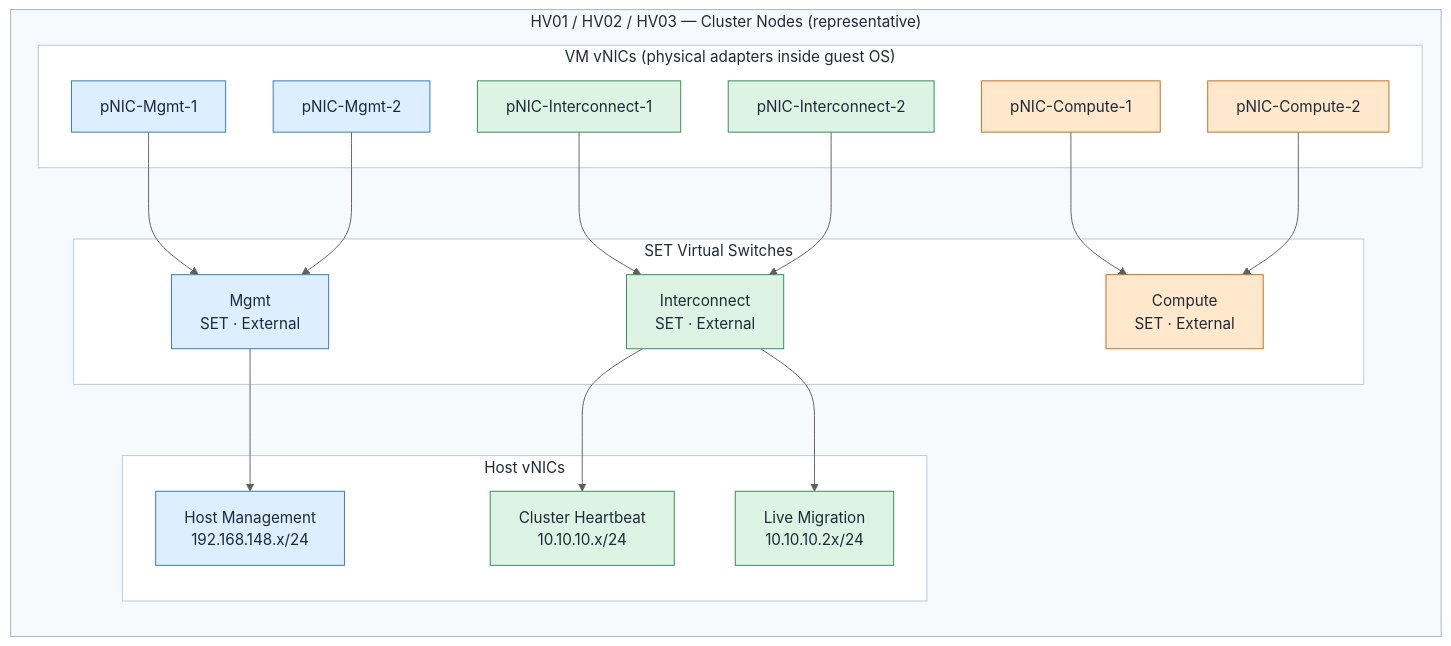
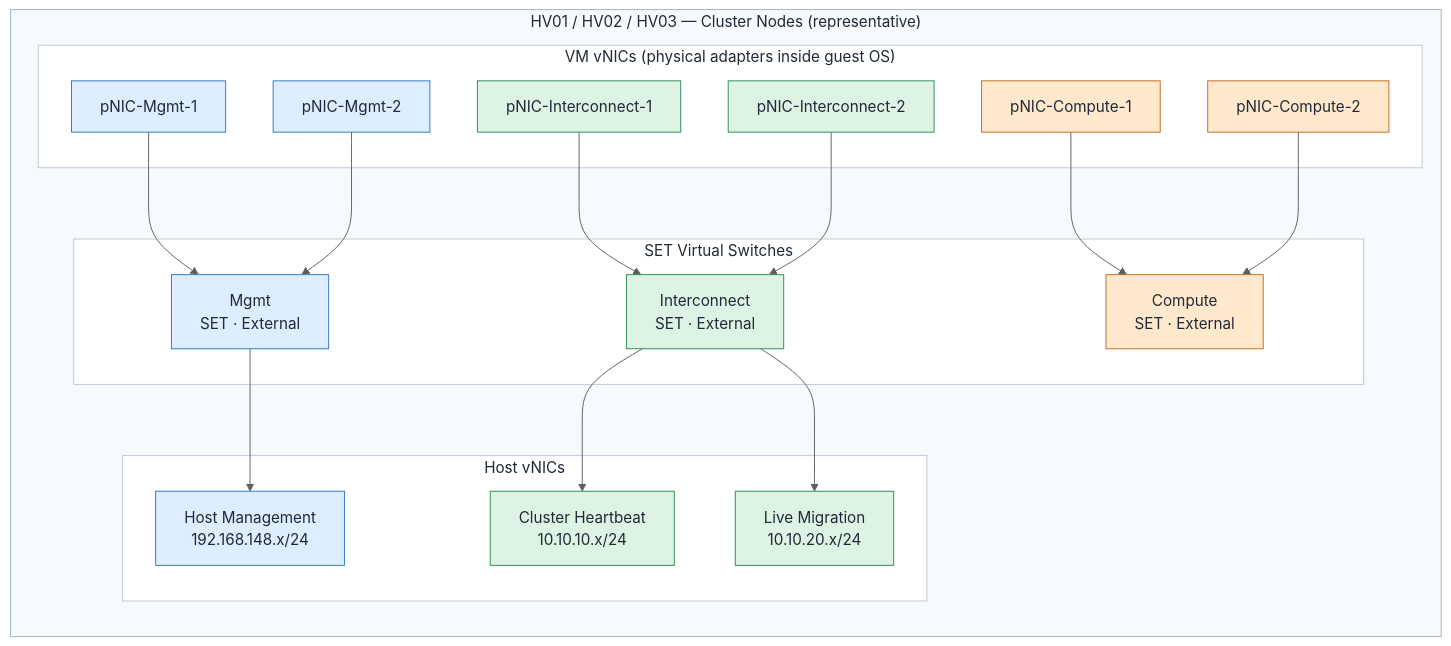
Before and after one commit to Greg-T8/ws2025-hyperv-cluster-lab: the diagram in docs/hyper-v-failover-cluster-lab-guide.md, drawn with Mermaid. The commit also changed other lines of this file, not shown here.

Commit message:
fix: update Live Migration IP addresses and clarify network roles in Hyper-V Failover Cluster Lab Guide

````diff
--- a/docs/hyper-v-failover-cluster-lab-guide.md
+++ b/docs/hyper-v-failover-cluster-lab-guide.md
@@ -39,56 +39,56 @@
 ```mermaid
 %%{init: {
     "theme": "base",
     "themeVariables": {
         "background": "#FDFEFE",
         "primaryTextColor": "#323130",
         "lineColor": "#605E5C",
         "clusterBkg": "#F7FAFD",
         "clusterBorder": "#A7BDD4"
     }
 }}%%
 graph LR
     subgraph NODE["HV01 / HV02 / HV03 — Cluster Nodes (representative)"]
         subgraph GNICS["VM vNICs (physical adapters inside guest OS)"]
             M1["pNIC-Mgmt-1"]
             M2["pNIC-Mgmt-2"]
             IC1["pNIC-Interconnect-1"]
             IC2["pNIC-Interconnect-2"]
             CP1["pNIC-Compute-1"]
             CP2["pNIC-Compute-2"]
         end
 
         subgraph GSET["SET Virtual Switches"]
             SET_M["Mgmt\nSET · External"]
             SET_I["Interconnect\nSET · External"]
             SET_CP["Compute\nSET · External"]
         end
 
         subgraph GVNICS["Host vNICs"]
             HV_MGMT["Host Management\n192.168.148.x/24"]
             HV_CLUS["Cluster Heartbeat\n10.10.10.x/24"]
-            HV_LM["Live Migration\n10.10.10.2x/24"]
+            HV_LM["Live Migration\n10.10.20.x/24"]
         end
 
         M1 & M2 --> SET_M
         IC1 & IC2 --> SET_I
         CP1 & CP2 --> SET_CP
         SET_M --> HV_MGMT
         SET_I --> HV_CLUS
         SET_I --> HV_LM
     end
 
     classDef mgmt fill:#DCEEFF,stroke:#2F78C4,stroke-width:1px,color:#1F2937;
     classDef cluster fill:#DDF4E4,stroke:#2E8B57,stroke-width:1px,color:#1F2937;
     classDef livemig fill:#EADFFD,stroke:#6F4BB8,stroke-width:1px,color:#1F2937;
     classDef vmnet fill:#FFE8CC,stroke:#C46A1A,stroke-width:1px,color:#1F2937;
 
     class M1,M2,SET_M,HV_MGMT mgmt;
     class IC1,IC2,SET_I,HV_CLUS,HV_LM cluster;
     class CP1,CP2,SET_CP vmnet;
 
     style NODE fill:#F6FAFD,stroke:#9FB3C8,stroke-width:1px,color:#1F2937
     style GNICS fill:#FFFFFF,stroke:#B9C7D6,stroke-width:1px,color:#1F2937
     style GSET fill:#FFFFFF,stroke:#B9C7D6,stroke-width:1px,color:#1F2937
     style GVNICS fill:#FFFFFF,stroke:#B9C7D6,stroke-width:1px,color:#1F2937
 ```
````
